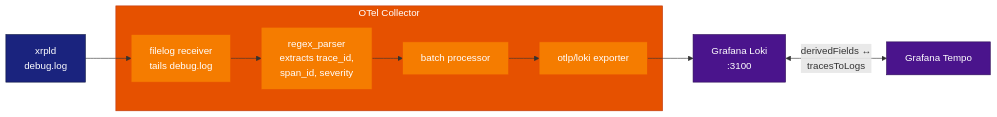
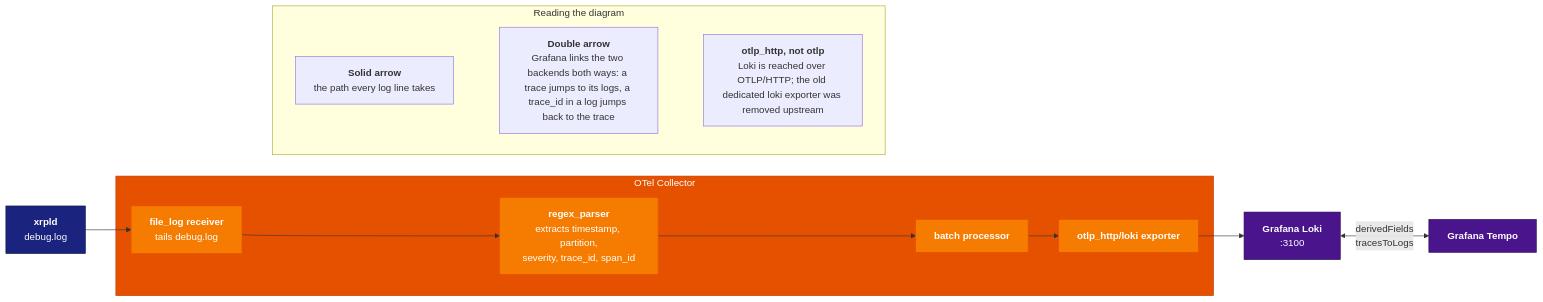
One commit to XRPLF/rippled changed the fourth of 8 diagrams in OpenTelemetryPlan/06-implementation-phases.md. Above: the diagram before and after it, drawn with Mermaid. The commit also changed other lines of this file and 9 other files, not shown here.

First line of the commit message:
fix(telemetry): make the log pipeline actually deliver, and fix its docs

````diff
--- a/OpenTelemetryPlan/06-implementation-phases.md
+++ b/OpenTelemetryPlan/06-implementation-phases.md
@@ -632,23 +653,42 @@
 ```mermaid
 flowchart LR
     subgraph collector["OTel Collector"]
-        FR["filelog receiver<br/>tails debug.log"]
-        RP["regex_parser<br/>extracts trace_id,<br/>span_id, severity"]
-        BP["batch processor"]
-        LE["otlp/loki exporter"]
+        FR["`**file_log receiver**
+        tails debug.log`"]
+        RP["`**regex_parser**
+        extracts timestamp, partition,
+        severity, trace_id, span_id`"]
+        BP["`**batch processor**`"]
+        LE["`**otlp_http/loki exporter**`"]
         FR --> RP --> BP --> LE
     end
 
-    LogFile["xrpld<br/>debug.log"] --> FR
-    LE --> Loki["Grafana Loki<br/>:3100"]
-    Loki <-->|"derivedFields ↔<br/>tracesToLogs"| Tempo["Grafana Tempo"]
+    LogFile["`**xrpld**
+    debug.log`"] --> FR
+    LE --> Loki["`**Grafana Loki**
+    :3100`"]
+    Loki <-->|"`derivedFields
+    tracesToLogs`"| Tempo["`**Grafana Tempo**`"]
+
+    subgraph legend["Reading the diagram"]
+        direction LR
+        L1["`**Solid arrow**
+        the path every log line takes`"]
+        L2["`**Double arrow**
+        Grafana links the two backends both ways: a trace jumps to its logs, a trace_id in a log jumps back to the trace`"]
+        L3["`**otlp_http, not otlp**
+        Loki is reached over OTLP/HTTP; the old dedicated loki exporter was removed upstream`"]
+    end
+
+    L1 ~~~ L2 ~~~ L3
+    collector ~~~ legend
 
     style collector fill:#e65100,stroke:#bf360c,color:#fff
     style FR fill:#f57c00,stroke:#e65100,color:#fff
     style RP fill:#f57c00,stroke:#e65100,color:#fff
     style BP fill:#f57c00,stroke:#e65100,color:#fff
     style LE fill:#f57c00,stroke:#e65100,color:#fff
     style LogFile fill:#1a237e,stroke:#0d1642,color:#fff
     style Loki fill:#4a148c,stroke:#2e0d57,color:#fff
     style Tempo fill:#4a148c,stroke:#2e0d57,color:#fff
 ```
````
